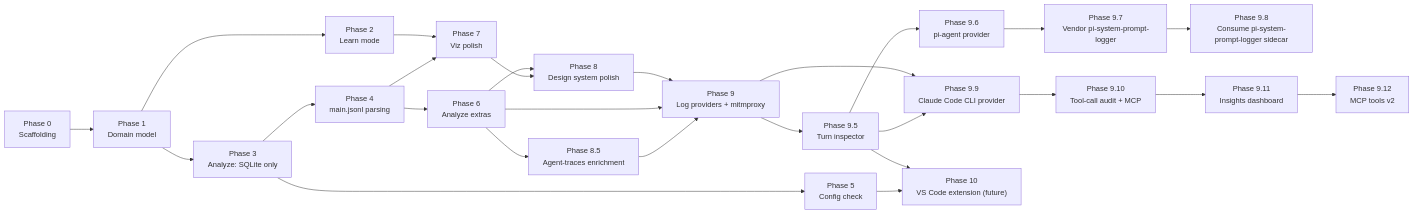
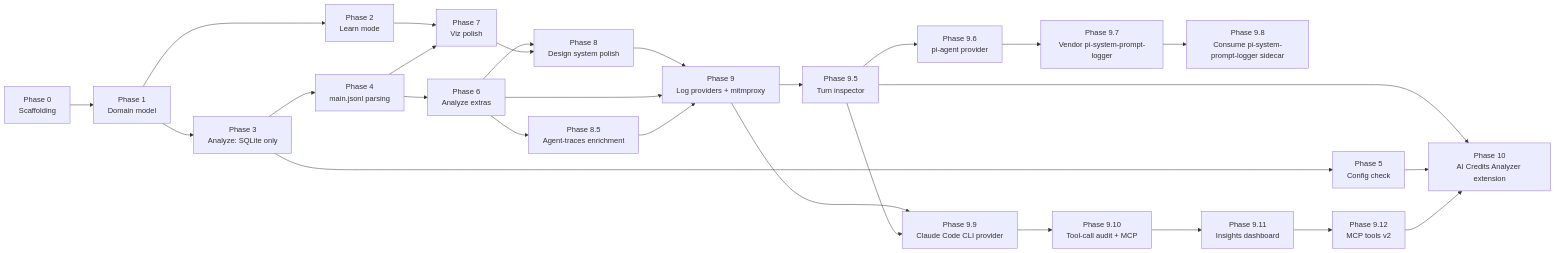
Before and after one commit to raulkivi/agent-cost-analyzer: the diagram in docs/implementation-plan.md, drawn with Mermaid. The commit also changed other lines of this file and 70 other files, not shown here.

First line of the commit message:
Phase 10: AI Credits Analyzer extension plan + steps 10.0-10.2 (#57)

````diff
--- a/docs/implementation-plan.md
+++ b/docs/implementation-plan.md
@@ -1230,28 +1233,29 @@
 ```mermaid
 flowchart LR
     P0["Phase 0<br/>Scaffolding"] --> P1["Phase 1<br/>Domain model"]
     P1 --> P2["Phase 2<br/>Learn mode"]
     P1 --> P3["Phase 3<br/>Analyze: SQLite only"]
     P3 --> P4["Phase 4<br/>main.jsonl parsing"]
     P3 --> P5["Phase 5<br/>Config check"]
     P4 --> P6["Phase 6<br/>Analyze extras"]
     P2 --> P7["Phase 7<br/>Viz polish"]
     P4 --> P7
     P6 --> P8["Phase 8<br/>Design system polish"]
     P7 --> P8
     P6 --> P85["Phase 8.5<br/>Agent-traces enrichment"]
     P8 --> P9["Phase 9<br/>Log providers + mitmproxy"]
     P6 --> P9
     P85 --> P9
     P9 --> P95["Phase 9.5<br/>Turn inspector"]
     P95 --> P96["Phase 9.6<br/>pi-agent provider"]
     P96 --> P97["Phase 9.7<br/>Vendor pi-system-prompt-logger"]
     P97 --> P98["Phase 9.8<br/>Consume pi-system-prompt-logger sidecar"]
     P9 --> P99["Phase 9.9<br/>Claude Code CLI provider"]
     P95 --> P99
     P99 --> P910["Phase 9.10<br/>Tool-call audit + MCP"]
     P910 --> P911["Phase 9.11<br/>Insights dashboard"]
     P911 --> P912["Phase 9.12<br/>MCP tools v2"]
-    P95 --> P10["Phase 10<br/>VS Code extension (future)"]
+    P95 --> P10["Phase 10<br/>AI Credits Analyzer extension"]
     P5 --> P10
+    P912 --> P10
 ```
````
